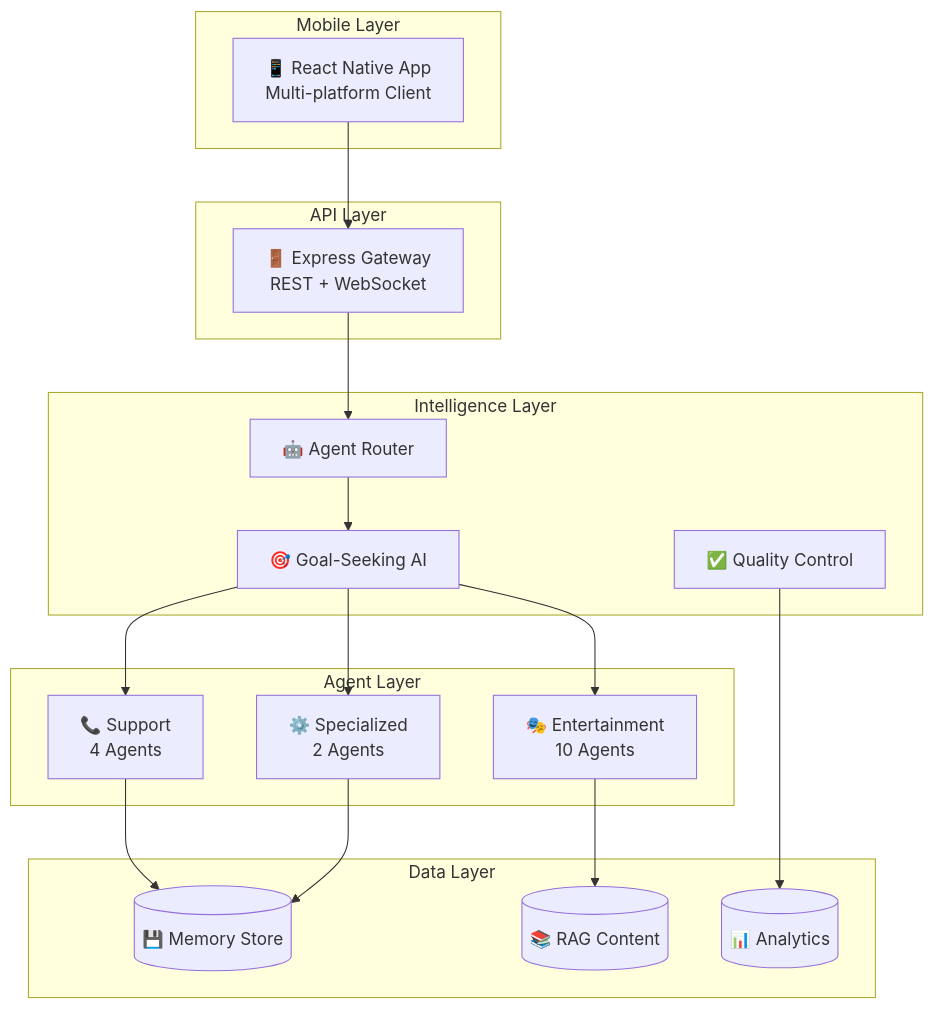
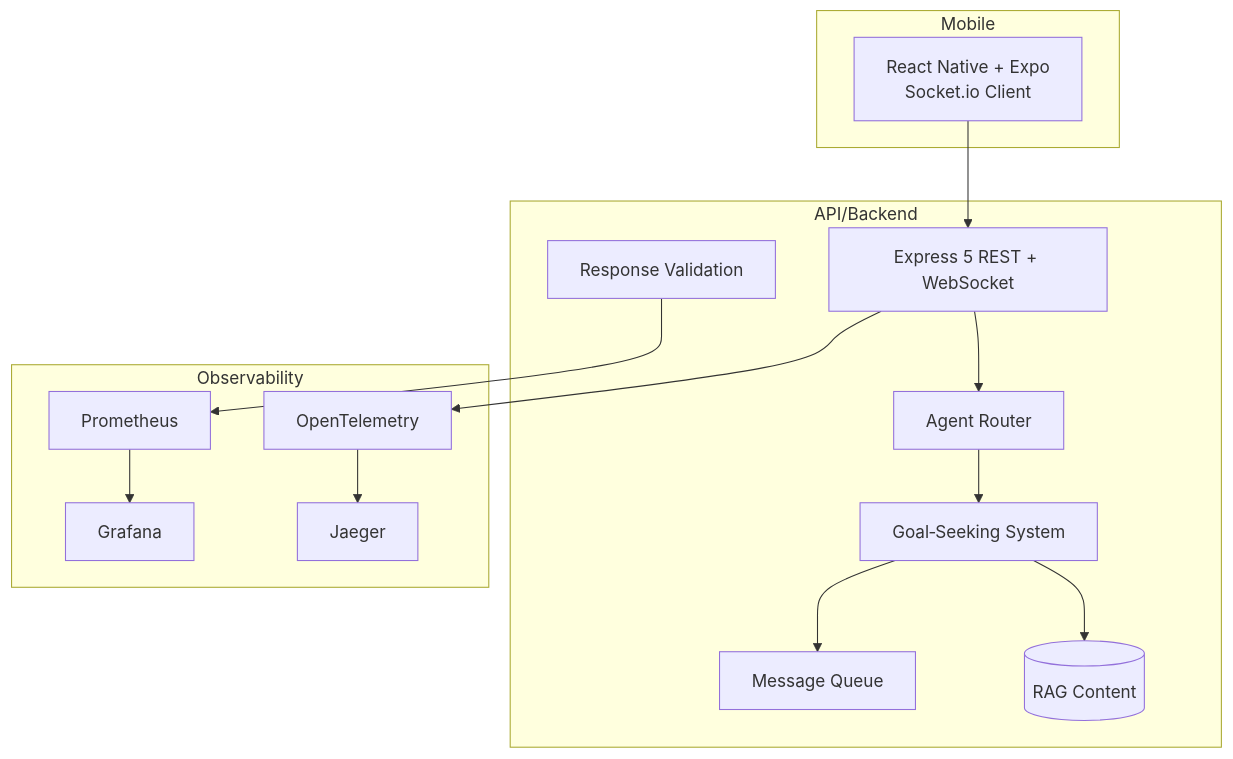
The diagram in README.md (ianlintner/Example-React-AI-Chat-App), drawn with Mermaid before and after one commit. The commit also changed other lines of this file and 6 other files, not shown here.

````diff
--- a/README.md
+++ b/README.md
@@ -130,39 +78,30 @@
 ```mermaid
 graph TB
-    subgraph "Mobile Layer"
-        Mobile[📱 React Native App<br/>Multi-platform Client]
-    end
-    
-    subgraph "API Layer"
-        Gateway[🚪 Express Gateway<br/>REST + WebSocket]
-    end
-    
-    subgraph "Intelligence Layer"
-        AgentRouter[🤖 Agent Router]
-        GoalSeeker[🎯 Goal-Seeking AI]
-        Validator[✅ Quality Control]
-    end
-    
-    subgraph "Agent Layer"
-        Entertainment[🎭 Entertainment<br/>10 Agents]
-        Support[📞 Support<br/>4 Agents]
-        Specialized[⚙️ Specialized<br/>2 Agents]
-    end
-    
-    subgraph "Data Layer"
-        Memory[(💾 Memory Store)]
-        RAG[(📚 RAG Content)]
-        Metrics[(📊 Analytics)]
-    end
-    
-    Mobile --> Gateway
-    Gateway --> AgentRouter
-    AgentRouter --> GoalSeeker
-    GoalSeeker --> Entertainment
-    GoalSeeker --> Support
-    GoalSeeker --> Specialized
-    Entertainment --> RAG
-    Support --> Memory
-    Specialized --> Memory
-    Validator --> Metrics
+  subgraph Mobile
+    RN[React Native + Expo<br/>Socket.io Client]
+  end
+
+  subgraph API/Backend
+    GW[Express 5 REST + WebSocket]
+    MQ[Message Queue]
+    ROUTER[Agent Router]
+    GOALS[Goal‑Seeking System]
+    VALID[Response Validation]
+    RAG[(RAG Content)]
+  end
+
+  subgraph Observability
+    OTEL[OpenTelemetry]
+    PROM[Prometheus]
+    GRAF[Grafana]
+    JAEGER[Jaeger]
+  end
+
+  RN --> GW
+  GW --> ROUTER --> GOALS
+  GOALS --> MQ
+  GOALS --> RAG
+  VALID --> PROM
+  GW --> OTEL --> JAEGER
+  PROM --> GRAF
 ```
````
